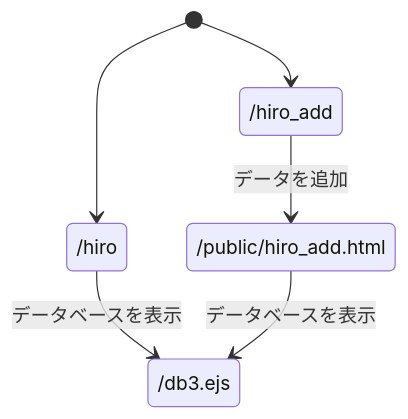
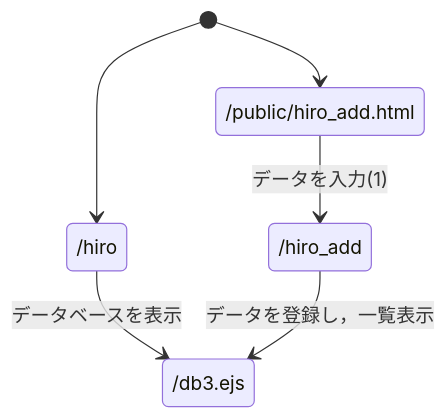
Before and after one commit to Sanbaizux333/webpro_06: the fourth of 4 diagrams in wpro06.md, drawn with Mermaid. The commit also changed other lines of this file and 4 other files, not shown here.

Commit message:
現在のシステムについて遷移図を整理し，station2のデータ追加機能を実装した

````diff
--- a/wpro06.md
+++ b/wpro06.md
@@ -51,8 +68,8 @@
 ```mermaid
 stateDiagram-v2
 [*] --> /hiro
-[*] --> /hiro_add
+[*] --> /public/hiro_add.html
 /hiro --> /db3.ejs:データベースを表示
-/hiro_add --> /public/hiro_add.html:データを追加
-/public/hiro_add.html --> /db3.ejs:データベースを表示
+/public/hiro_add.html --> /hiro_add:データを入力(1)
+/hiro_add --> /db3.ejs:データを登録し，一覧表示
 ```
````
